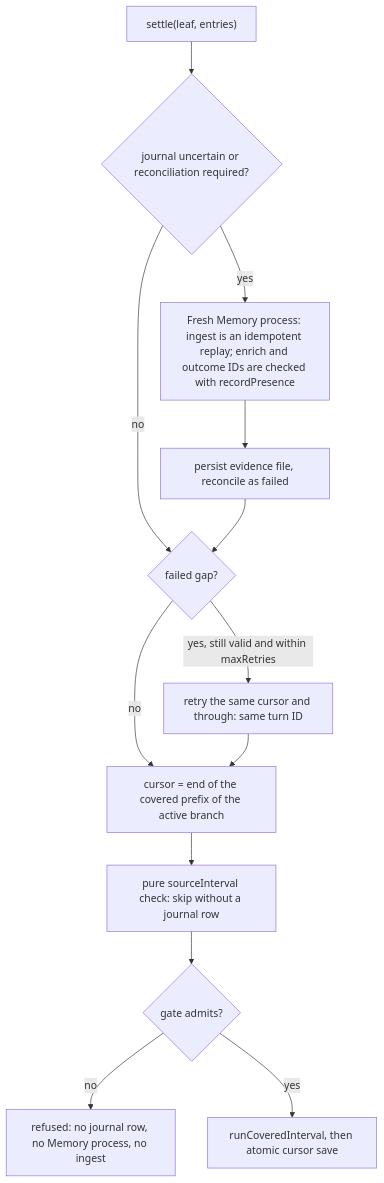
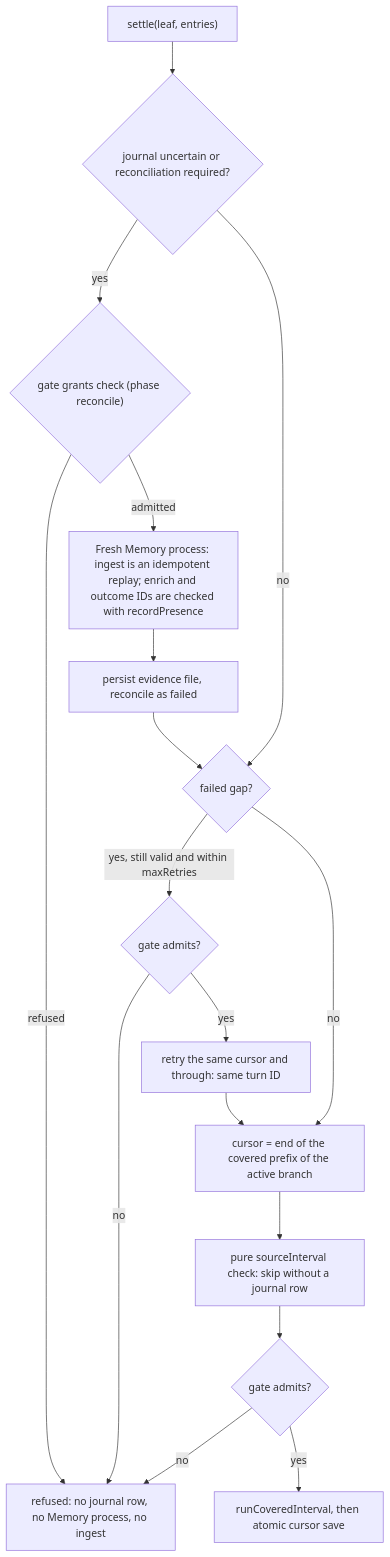
One commit to Token-Smelter/source-memory changed the second of 2 diagrams in docs/INTEGRATION.md. Above: the diagram before and after it, drawn with Mermaid. The commit also changed other lines of this file, not shown here.

Commit message:
Document the reconcile and retry gates and the provable in-flight rule

````diff
--- a/docs/INTEGRATION.md
+++ b/docs/INTEGRATION.md
@@ -71,15 +71,19 @@
 ```mermaid
 flowchart TD
     Settle["settle(leaf, entries)"] --> Rec{"journal uncertain or reconciliation required?"}
-    Rec -->|"yes"| Ids["Fresh Memory process: ingest is an idempotent replay; enrich and outcome IDs are checked with recordPresence"]
+    Rec -->|"yes"| Grants{"gate grants check (phase reconcile)"}
+    Grants -->|"refused"| Refused
+    Grants -->|"admitted"| Ids["Fresh Memory process: ingest is an idempotent replay; enrich and outcome IDs are checked with recordPresence"]
     Ids --> Gap["persist evidence file, reconcile as failed"]
     Rec -->|"no"| Retry
     Gap --> Retry{"failed gap?"}
-    Retry -->|"yes, still valid and within maxRetries"| Same["retry the same cursor and through: same turn ID"]
+    Retry -->|"yes, still valid and within maxRetries"| RetryGate{"gate admits?"}
+    RetryGate -->|"no"| Refused
+    RetryGate -->|"yes"| Same["retry the same cursor and through: same turn ID"]
     Retry -->|"no"| Resolve
     Same --> Resolve["cursor = end of the covered prefix of the active branch"]
     Resolve --> Check["pure sourceInterval check: skip without a journal row"]
     Check --> Gate{"gate admits?"}
     Gate -->|"no"| Refused["refused: no journal row, no Memory process, no ingest"]
     Gate -->|"yes"| Run["runCoveredInterval, then atomic cursor save"]
 ```
````
